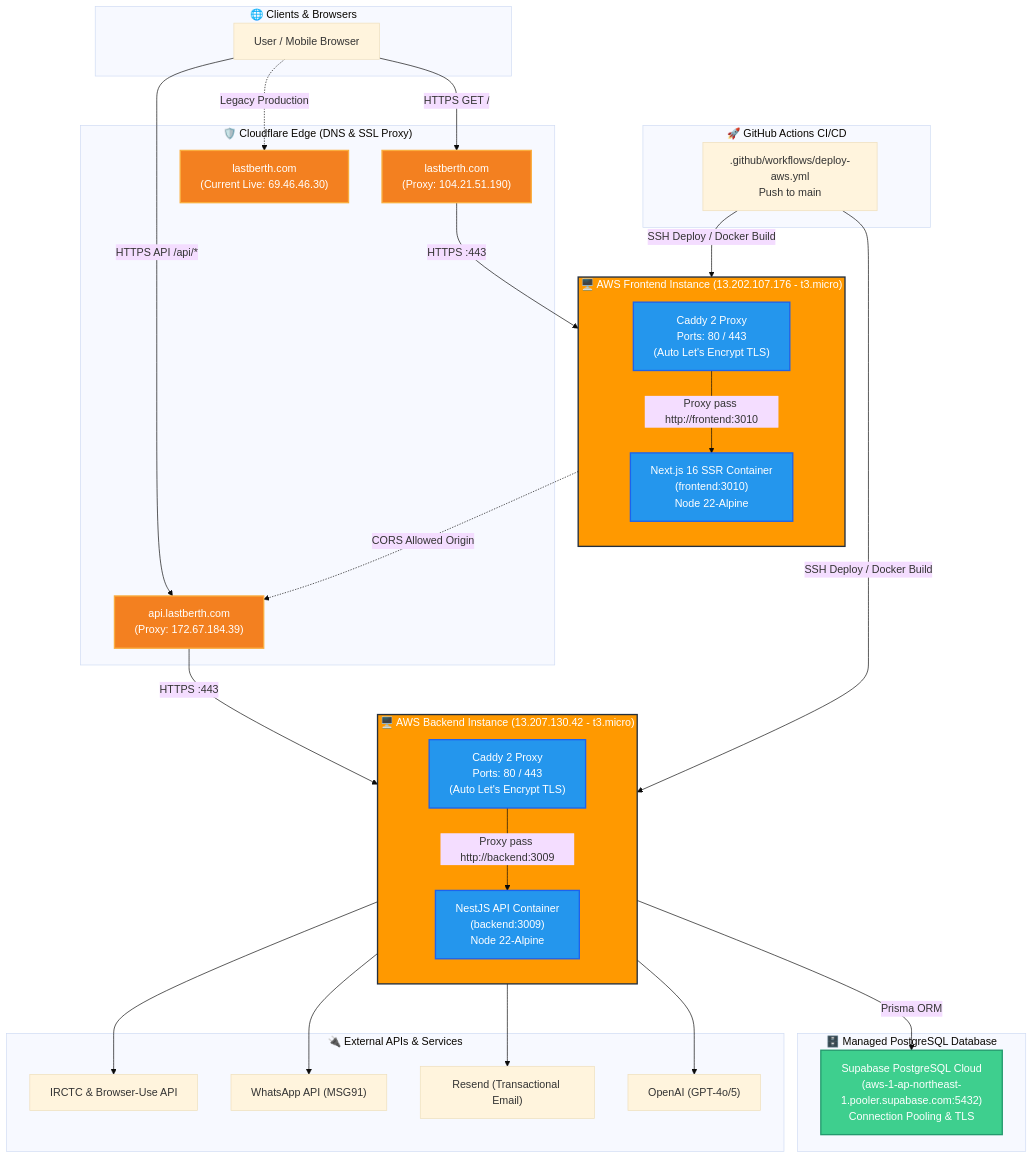
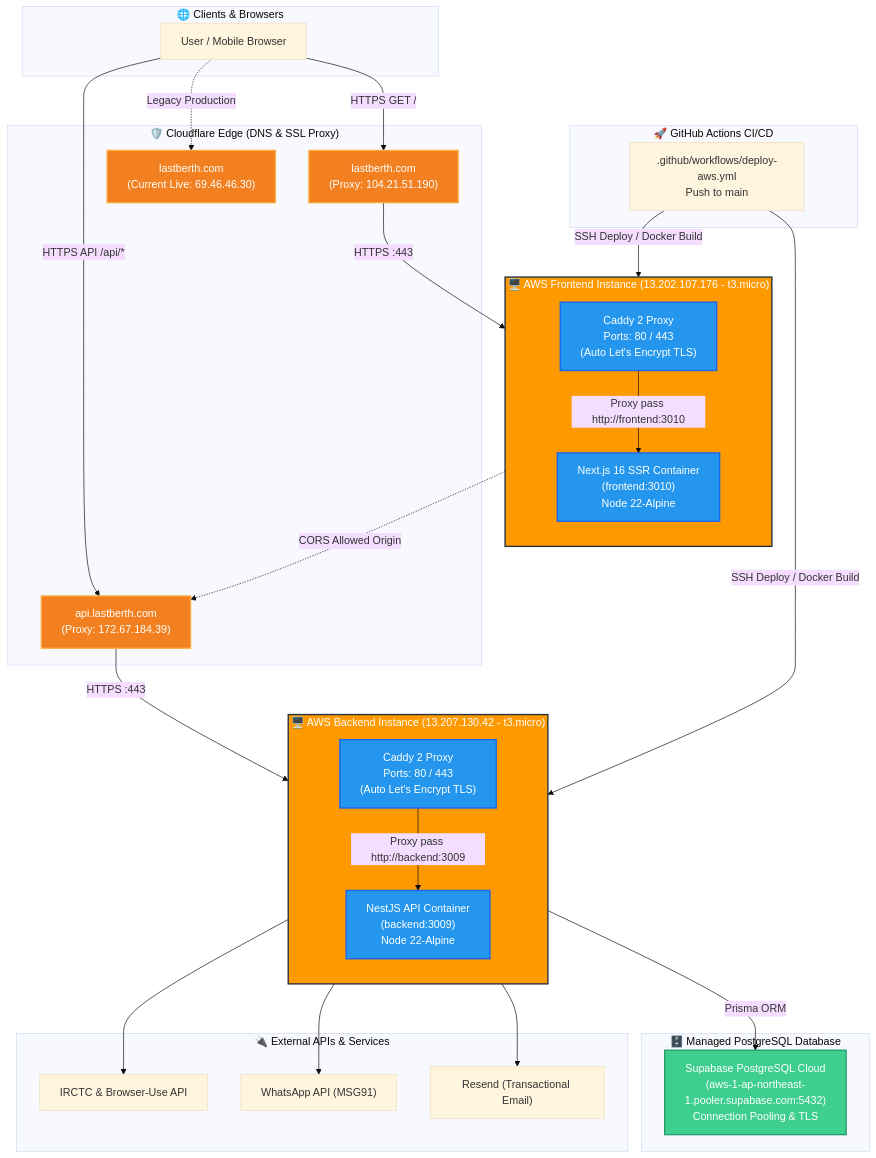
The diagram in README.md (bizzareus/traintickets), drawn with Mermaid (base theme) before and after one commit. The commit also changed 43 other files, not shown here.

````diff
--- a/README.md
+++ b/README.md
@@ -56,75 +56,73 @@
 ```mermaid
 flowchart TD
     subgraph Client["🌐 Clients & Browsers"]
         User["User / Mobile Browser"]
     end
 
     subgraph Cloudflare["🛡️ Cloudflare Edge (DNS & SSL Proxy)"]
         CF_FE["lastberth.com\n(Proxy: 104.21.51.190)"]
         CF_BE["api.lastberth.com\n(Proxy: 172.67.184.39)"]
         CF_PROD["lastberth.com\n(Current Live: 69.46.46.30)"]
     end
 
     subgraph AWS_FE["🖥️ AWS Frontend Instance (13.202.107.176 - t3.micro)"]
         direction TB
         Caddy_FE["Caddy 2 Proxy\nPorts: 80 / 443\n(Auto Let's Encrypt TLS)"]
         NextJS["Next.js 16 SSR Container\n(frontend:3010)\nNode 22-Alpine"]
         Caddy_FE -->|"Proxy pass http://frontend:3010"| NextJS
     end
 
     subgraph AWS_BE["🖥️ AWS Backend Instance (13.207.130.42 - t3.micro)"]
         direction TB
         Caddy_BE["Caddy 2 Proxy\nPorts: 80 / 443\n(Auto Let's Encrypt TLS)"]
         NestJS["NestJS API Container\n(backend:3009)\nNode 22-Alpine"]
 
         Caddy_BE -->|"Proxy pass http://backend:3009"| NestJS
     end
 
     subgraph Database["🗄️ Managed PostgreSQL Database"]
         Supabase["Supabase PostgreSQL Cloud\n(aws-1-ap-northeast-1.pooler.supabase.com:5432)\nConnection Pooling & TLS"]
         NestJS -->|"Prisma ORM"| Supabase
     end
 
     subgraph External["🔌 External APIs & Services"]
         IRCTC["IRCTC & Browser-Use API"]
         MSG91["WhatsApp API (MSG91)"]
         Resend["Resend (Transactional Email)"]
-        OpenAI["OpenAI (GPT-4o/5)"]
     end
 
     subgraph CICD["🚀 GitHub Actions CI/CD"]
         GHA[".github/workflows/deploy-aws.yml\nPush to main"]
     end
 
     %% Client Traffic
     User -->|"HTTPS GET /"| CF_FE
     User -->|"HTTPS API /api/*"| CF_BE
     User -.->|"Legacy Production"| CF_PROD
 
     %% Edge to Origin
     CF_FE -->|"HTTPS :443"| Caddy_FE
     CF_BE -->|"HTTPS :443"| Caddy_BE
 
     %% Frontend to Backend Cross-Origin
     NextJS -.->|"CORS Allowed Origin"| CF_BE
 
     %% Backend to External
     NestJS --> IRCTC
     NestJS --> MSG91
     NestJS --> Resend
-    NestJS --> OpenAI
 
     %% CI/CD Deployment
     GHA -->|"SSH Deploy / Docker Build"| AWS_FE
     GHA -->|"SSH Deploy / Docker Build"| AWS_BE
 
     classDef aws fill:#FF9900,stroke:#232F3E,stroke-width:2px,color:#fff;
     classDef cf fill:#F38020,stroke:#FAAD3F,stroke-width:2px,color:#fff;
     classDef container fill:#2496ED,stroke:#1D63ED,stroke-width:2px,color:#fff;
     classDef db fill:#3ECF8E,stroke:#249A6E,stroke-width:2px,color:#fff;
 
     class AWS_FE,AWS_BE aws;
     class CF_FE,CF_BE,CF_PROD cf;
     class NextJS,NestJS,Caddy_FE,Caddy_BE container;
     class Supabase db;
 ```
````
